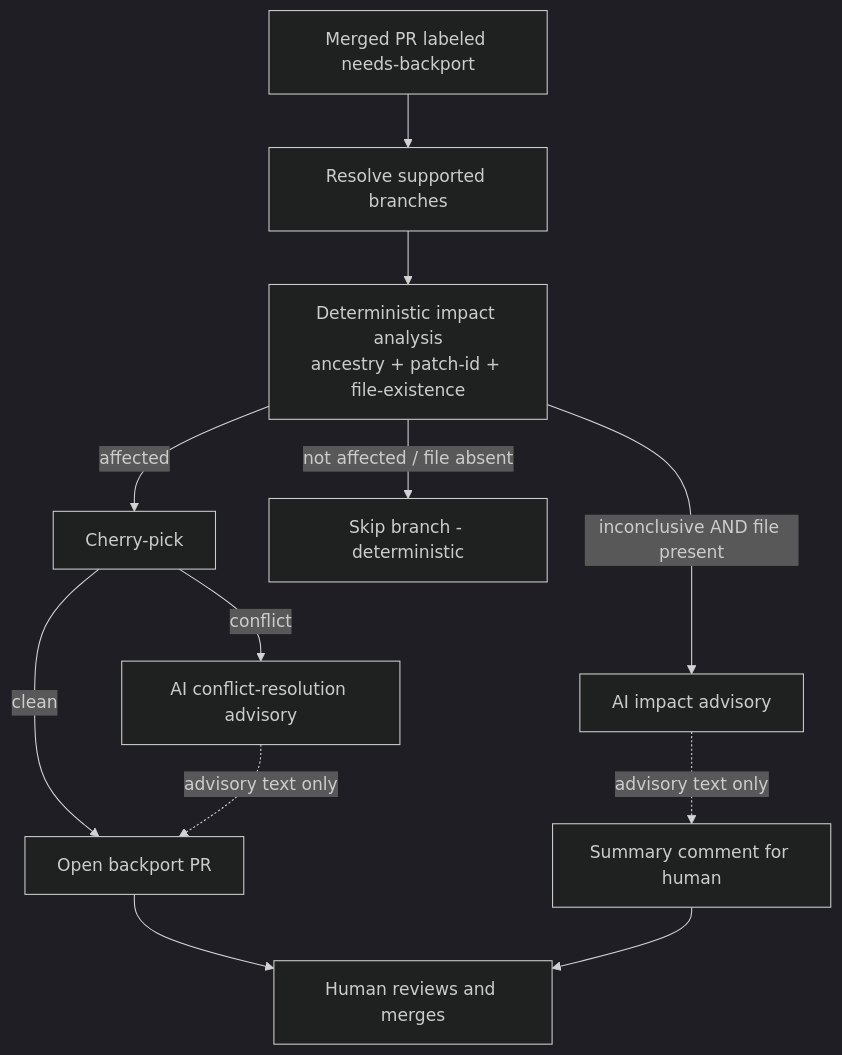
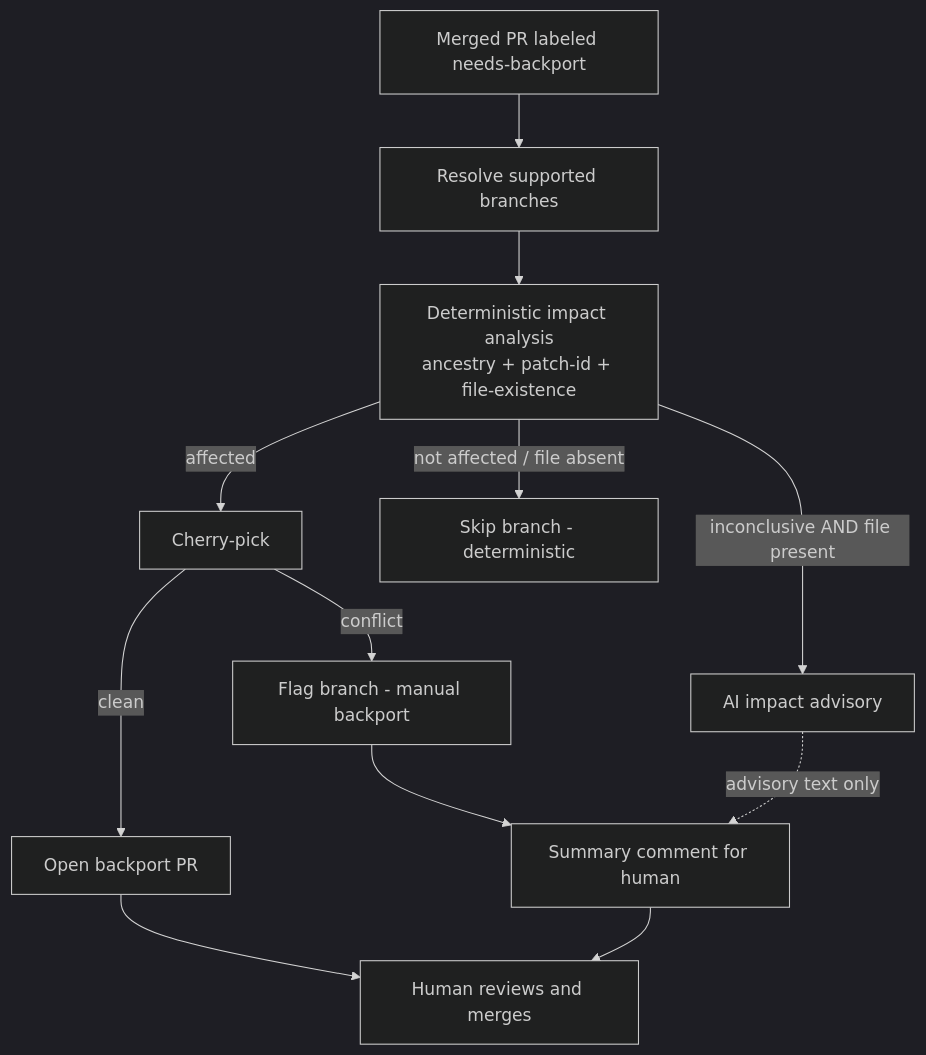
The diagram in AI-Backport-Assistant.md (tianyiy-tim/backport-bot-test), drawn with Mermaid (dark theme) before and after one commit. The commit also changed other lines of this file and 5 other files, not shown here.

First line of the commit message:
Scope AI to impact analysis only; remove conflict-resolution path

````diff
--- a/AI-Backport-Assistant.md
+++ b/AI-Backport-Assistant.md
@@ -38,14 +41,14 @@
 ```mermaid
 flowchart TD
     A[Merged PR labeled needs-backport] --> B[Resolve supported branches]
     B --> C[Deterministic impact analysis<br/>ancestry + patch-id + file-existence]
     C -->|affected| D[Cherry-pick]
     C -->|not affected / file absent| E[Skip branch - deterministic]
     C -->|inconclusive AND file present| F[AI impact advisory]
     F -.advisory text only.-> G[Summary comment for human]
     D -->|clean| H[Open backport PR]
-    D -->|conflict| I[AI conflict-resolution advisory]
-    I -.advisory text only.-> H
+    D -->|conflict| K[Flag branch - manual backport]
+    K --> G
     H --> J[Human reviews and merges]
     G --> J
 ```
````
